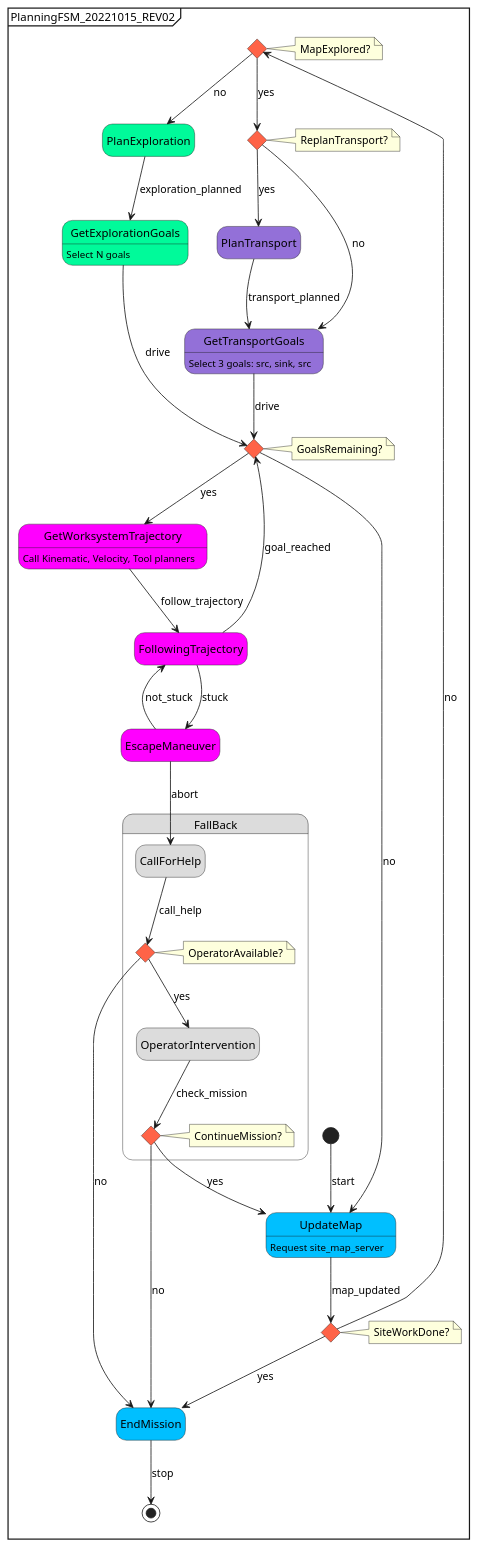
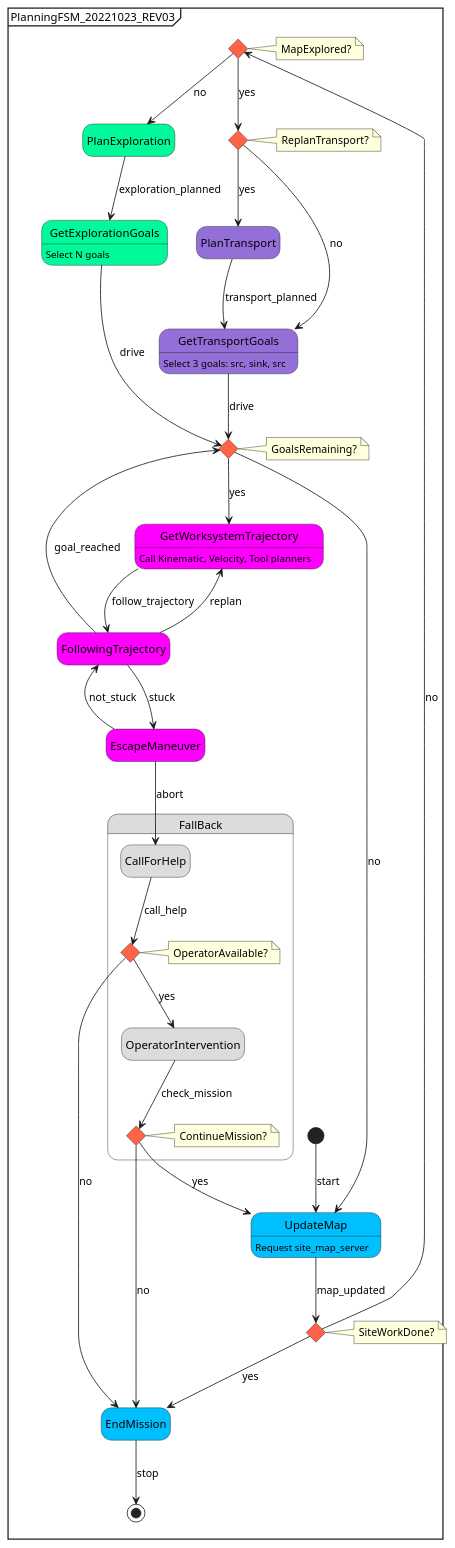
Before and after one commit to CraterGrader/CRATER_GRADER: the second of 2 diagrams in cg_ws/src/planning/doc/fsm.puml, drawn with PlantUML. The commit also changed 1 other file, not shown here.

Commit message:
update fsm diagram

```diff
--- a/cg_ws/src/planning/doc/fsm.puml
+++ b/cg_ws/src/planning/doc/fsm.puml
@@ -5,101 +5,102 @@
-@startuml PlanningFSM_20221015_REV02
-mainframe PlanningFSM_20221015_REV02
+@startuml PlanningFSM_20221023_REV03
+mainframe PlanningFSM_20221023_REV03
 ' Formatting
 ' ------------------------------------
 hide empty description
 
 ' State blocks
 skinparam state {
   BackgroundColor #DeepSkyBlue
 }
 
 ' choice blocks
 <style>
   diamond {
     BackgroundColor #Tomato
 }
 </style>
 
 
 ' States and Interactions
 ' ------------------------------------
 ' Global states
 state EndMission
 state PlanExploration #MediumSpringGreen
 state PlanTransport #MediumPurple
 state UpdateMap
   UpdateMap : Request site_map_server
 state GetExplorationGoals #MediumSpringGreen
   GetExplorationGoals : Select N goals
 state GetTransportGoals #MediumPurple
   GetTransportGoals : Select 3 goals: src, sink, src
 state MapExplored <<choice>>
   note right of MapExplored
     MapExplored?
   end note
 state SiteWorkDone <<choice>>
   note right of SiteWorkDone
     SiteWorkDone?
   end note
 state ReplanTransport <<choice>>
   note right of ReplanTransport
     ReplanTransport?
   end note
 
 ' Fallback states
 state FallBack #Gainsboro {
   state CallForHelp #Gainsboro 
   state OperatorIntervention #Gainsboro 
   state OperatorAvailable <<choice>>
     note right of OperatorAvailable
     OperatorAvailable?
     end note
   state ContinueMission <<choice>>
     note right of ContinueMission
       ContinueMission?
     end note
 
   ' Fallback state interactions
   CallForHelp --> OperatorAvailable : call_help
   OperatorAvailable --> OperatorIntervention : yes
     OperatorIntervention --> ContinueMission : check_mission
       ContinueMission --> UpdateMap : yes
       ContinueMission --> EndMission : no
   OperatorAvailable --> EndMission : no
 }
 
 ' Driving states
 state FollowingTrajectory #Magenta
 state EscapeManeuver #Magenta
 state GetWorksystemTrajectory #Magenta
   GetWorksystemTrajectory : Call Kinematic, Velocity, Tool planners
 state GoalsRemaining <<choice>>
   note right of GoalsRemaining
     GoalsRemaining?
   end note
 
 ' Driving state interactions
 GoalsRemaining --> GetWorksystemTrajectory : yes
   GetWorksystemTrajectory --> FollowingTrajectory : follow_trajectory
     FollowingTrajectory --> GoalsRemaining : goal_reached
+    FollowingTrajectory --> GetWorksystemTrajectory : replan
     FollowingTrajectory --> EscapeManeuver : stuck
       EscapeManeuver --> FollowingTrajectory : not_stuck
       EscapeManeuver -->  CallForHelp : abort
 GoalsRemaining --> UpdateMap : no
 
 ' Global state interactions
 [*] --> UpdateMap : start
   UpdateMap --> SiteWorkDone : map_updated
   SiteWorkDone --> EndMission : yes
   SiteWorkDone --> MapExplored : no
     MapExplored --> ReplanTransport : yes
       ReplanTransport --> PlanTransport : yes
         PlanTransport --> GetTransportGoals : transport_planned
       ReplanTransport --> GetTransportGoals : no
         GetTransportGoals --> GoalsRemaining : drive
     MapExplored --> PlanExploration : no
       PlanExploration --> GetExplorationGoals : exploration_planned
       GetExplorationGoals --> GoalsRemaining : drive
 EndMission --> [*] : stop
 
 @enduml
```
